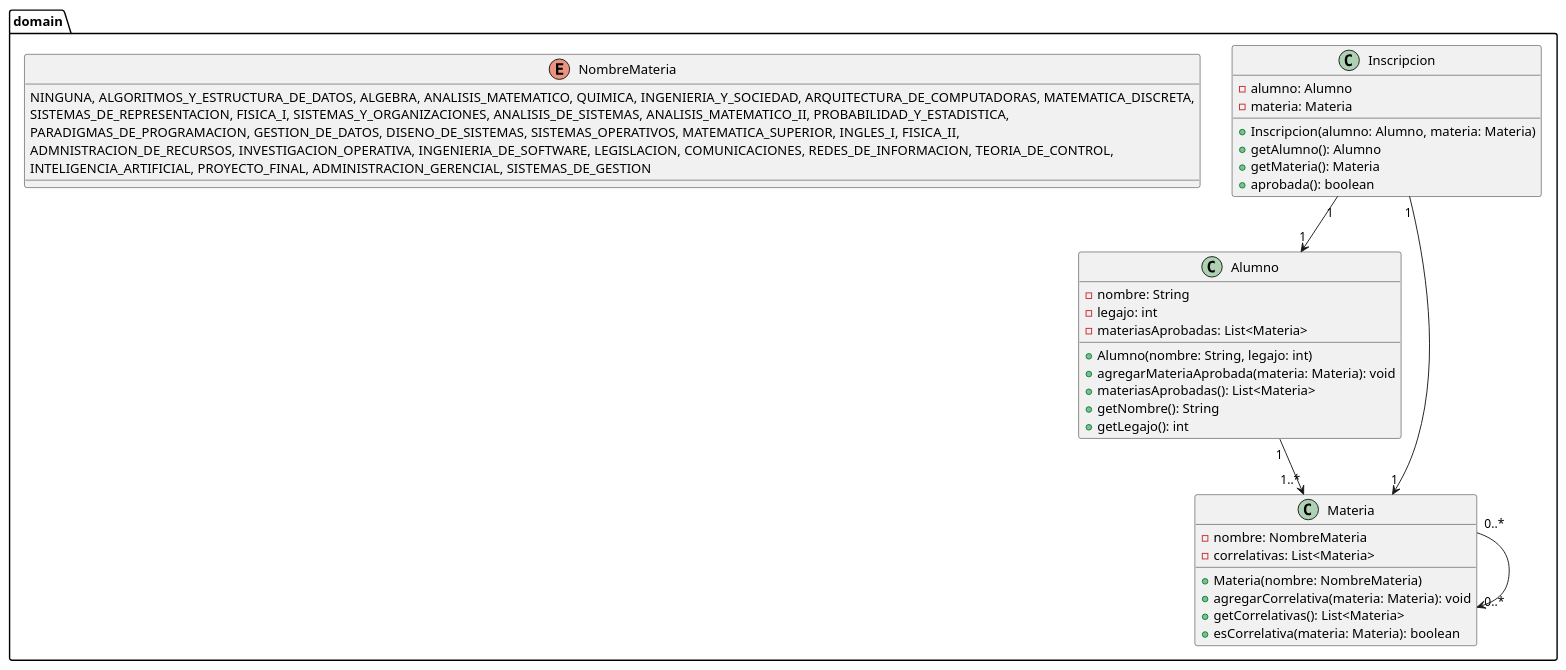
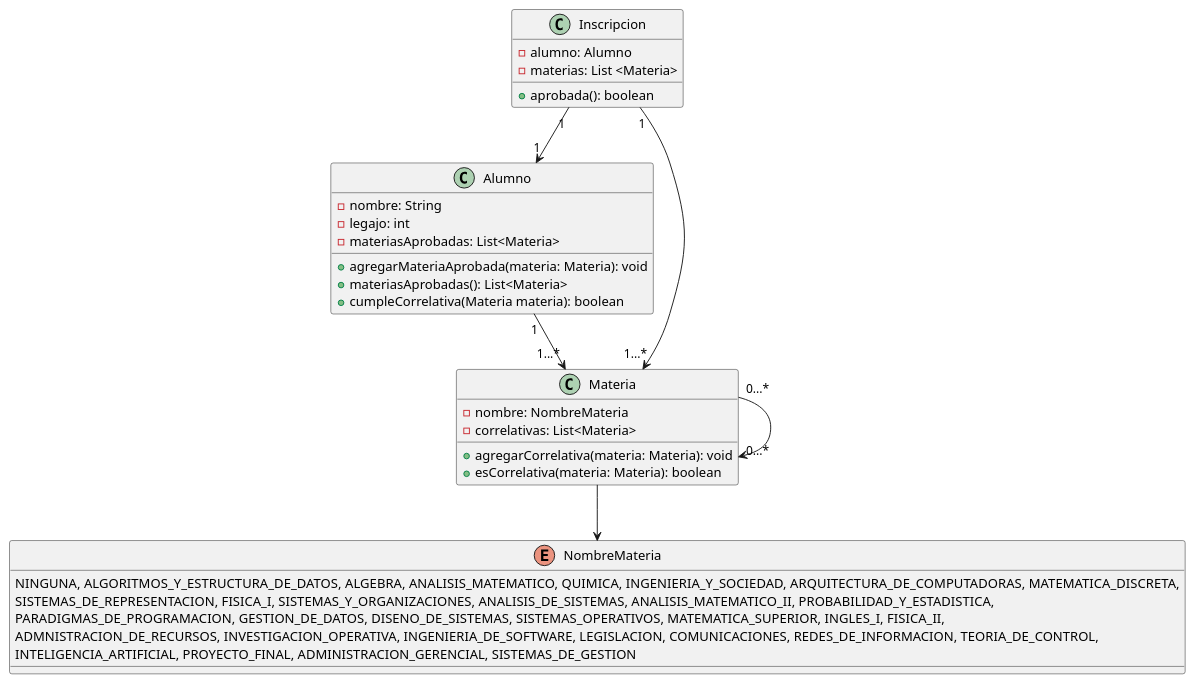
One commit to mgerezqa/EJ1_MGerez_ValidadorDeCorrelatividades changed the diagram in src/diagramClass.puml. Above: the diagram before and after it, drawn with PlantUML. The commit also changed other lines of this file and 2 other files, not shown here.

```diff
--- a/src/diagramClass.puml
+++ b/src/diagramClass.puml
@@ -1,47 +1,40 @@
 @startuml
+class Alumno {
+    - nombre: String
+    - legajo: int
+    - materiasAprobadas: List<Materia>
+    + agregarMateriaAprobada(materia: Materia): void
+    + materiasAprobadas(): List<Materia>
+    + cumpleCorrelativa(Materia materia): boolean
 
-package domain {
-    class Alumno {
-        - nombre: String
-        - legajo: int
-        - materiasAprobadas: List<Materia>
-        + Alumno(nombre: String, legajo: int)
-        + agregarMateriaAprobada(materia: Materia): void
-        + materiasAprobadas(): List<Materia>
-        + getNombre(): String
-        + getLegajo(): int
-    }
-
-    class Inscripcion {
-        - alumno: Alumno
-        - materia: Materia
-        + Inscripcion(alumno: Alumno, materia: Materia)
-        + getAlumno(): Alumno
-        + getMateria(): Materia
-        + aprobada(): boolean
-    }
-
-    class Materia {
-        - nombre: NombreMateria
-        - correlativas: List<Materia>
-        + Materia(nombre: NombreMateria)
-        + agregarCorrelativa(materia: Materia): void
-        + getCorrelativas(): List<Materia>
-        + esCorrelativa(materia: Materia): boolean
-    }
-
-    enum NombreMateria {
-        NINGUNA, ALGORITMOS_Y_ESTRUCTURA_DE_DATOS, ALGEBRA, ANALISIS_MATEMATICO, QUIMICA, INGENIERIA_Y_SOCIEDAD, ARQUITECTURA_DE_COMPUTADORAS, MATEMATICA_DISCRETA,
-        SISTEMAS_DE_REPRESENTACION, FISICA_I, SISTEMAS_Y_ORGANIZACIONES, ANALISIS_DE_SISTEMAS, ANALISIS_MATEMATICO_II, PROBABILIDAD_Y_ESTADISTICA,
-        PARADIGMAS_DE_PROGRAMACION, GESTION_DE_DATOS, DISENO_DE_SISTEMAS, SISTEMAS_OPERATIVOS, MATEMATICA_SUPERIOR, INGLES_I, FISICA_II,
-        ADMNISTRACION_DE_RECURSOS, INVESTIGACION_OPERATIVA, INGENIERIA_DE_SOFTWARE, LEGISLACION, COMUNICACIONES, REDES_DE_INFORMACION, TEORIA_DE_CONTROL,
-        INTELIGENCIA_ARTIFICIAL, PROYECTO_FINAL, ADMINISTRACION_GERENCIAL, SISTEMAS_DE_GESTION
-    }
-
-    Alumno "1" --> "1..*" Materia
-    Inscripcion "1" --> "1" Alumno
-    Inscripcion "1" --> "1" Materia
-    Materia "0..*" --> "0..*" Materia
 }
 
+class Inscripcion {
+    - alumno: Alumno
+    - materias: List <Materia>
+    + aprobada(): boolean
+}
+
+class Materia {
+    - nombre: NombreMateria
+    - correlativas: List<Materia>
+    + agregarCorrelativa(materia: Materia): void
+    + esCorrelativa(materia: Materia): boolean
+}
+
+enum NombreMateria {
+    NINGUNA, ALGORITMOS_Y_ESTRUCTURA_DE_DATOS, ALGEBRA, ANALISIS_MATEMATICO, QUIMICA, INGENIERIA_Y_SOCIEDAD, ARQUITECTURA_DE_COMPUTADORAS, MATEMATICA_DISCRETA,
+    SISTEMAS_DE_REPRESENTACION, FISICA_I, SISTEMAS_Y_ORGANIZACIONES, ANALISIS_DE_SISTEMAS, ANALISIS_MATEMATICO_II, PROBABILIDAD_Y_ESTADISTICA,
+    PARADIGMAS_DE_PROGRAMACION, GESTION_DE_DATOS, DISENO_DE_SISTEMAS, SISTEMAS_OPERATIVOS, MATEMATICA_SUPERIOR, INGLES_I, FISICA_II,
+    ADMNISTRACION_DE_RECURSOS, INVESTIGACION_OPERATIVA, INGENIERIA_DE_SOFTWARE, LEGISLACION, COMUNICACIONES, REDES_DE_INFORMACION, TEORIA_DE_CONTROL,
+    INTELIGENCIA_ARTIFICIAL, PROYECTO_FINAL, ADMINISTRACION_GERENCIAL, SISTEMAS_DE_GESTION
+}
+
+Alumno "1" --> "1...*" Materia
+Inscripcion "1" --> "1" Alumno
+Inscripcion "1" --> "1...*" Materia
+Materia "0...*" --> "0...*" Materia
+Materia --> NombreMateria
+
+
 @enduml
```
